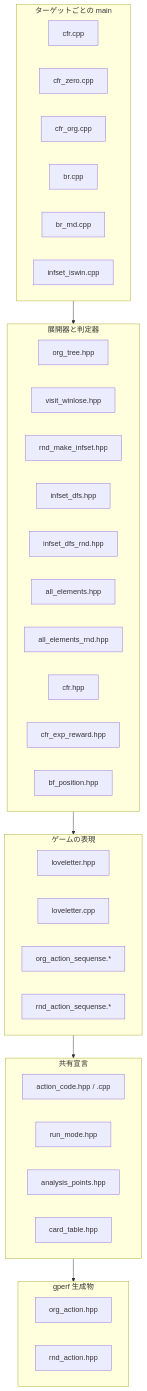
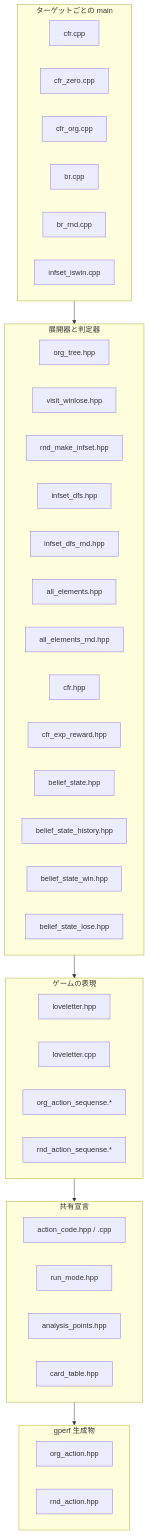
The diagram in explain.md (DrC-0/love), drawn with Mermaid before and after one commit. The commit also changed other lines of this file and 21 other files, not shown here.

First line of the commit message:
Belief State を層に分割し bf_position から改名する

````diff
--- a/explain.md
+++ b/explain.md
@@ -10,44 +10,47 @@
 ```mermaid
 graph TD
   subgraph L4["ターゲットごとの main"]
     cfr_cpp[cfr.cpp]
     cfr_zero_cpp[cfr_zero.cpp]
     cfr_org_cpp[cfr_org.cpp]
     br_cpp[br.cpp]
     br_rnd_cpp[br_rnd.cpp]
     infset_iswin_cpp[infset_iswin.cpp]
   end
   subgraph L3["展開器と判定器"]
     org_tree[org_tree.hpp]
     visit_winlose[visit_winlose.hpp]
     rnd_make_infset[rnd_make_infset.hpp]
     infset_dfs[infset_dfs.hpp]
     infset_dfs_rnd[infset_dfs_rnd.hpp]
     all_elements[all_elements.hpp]
     all_elements_rnd[all_elements_rnd.hpp]
     cfr_hpp[cfr.hpp]
     cfr_exp_reward[cfr_exp_reward.hpp]
-    bf_position[bf_position.hpp]
+    belief_state[belief_state.hpp]
+    belief_state_history[belief_state_history.hpp]
+    belief_state_win[belief_state_win.hpp]
+    belief_state_lose[belief_state_lose.hpp]
   end
   subgraph L2["ゲームの表現"]
     loveletter_hpp[loveletter.hpp]
     loveletter_cpp[loveletter.cpp]
     org_seq[org_action_sequense.*]
     rnd_seq[rnd_action_sequense.*]
   end
   subgraph L1["共有宣言"]
     action_code[action_code.hpp / .cpp]
     run_mode[run_mode.hpp]
     analysis_points[analysis_points.hpp]
     card_table[card_table.hpp]
   end
   subgraph L0["gperf 生成物"]
     org_action[org_action.hpp]
     rnd_action[rnd_action.hpp]
   end
 
   L4 --> L3
   L3 --> L2
   L2 --> L1
   L1 --> L0
 ```
````
